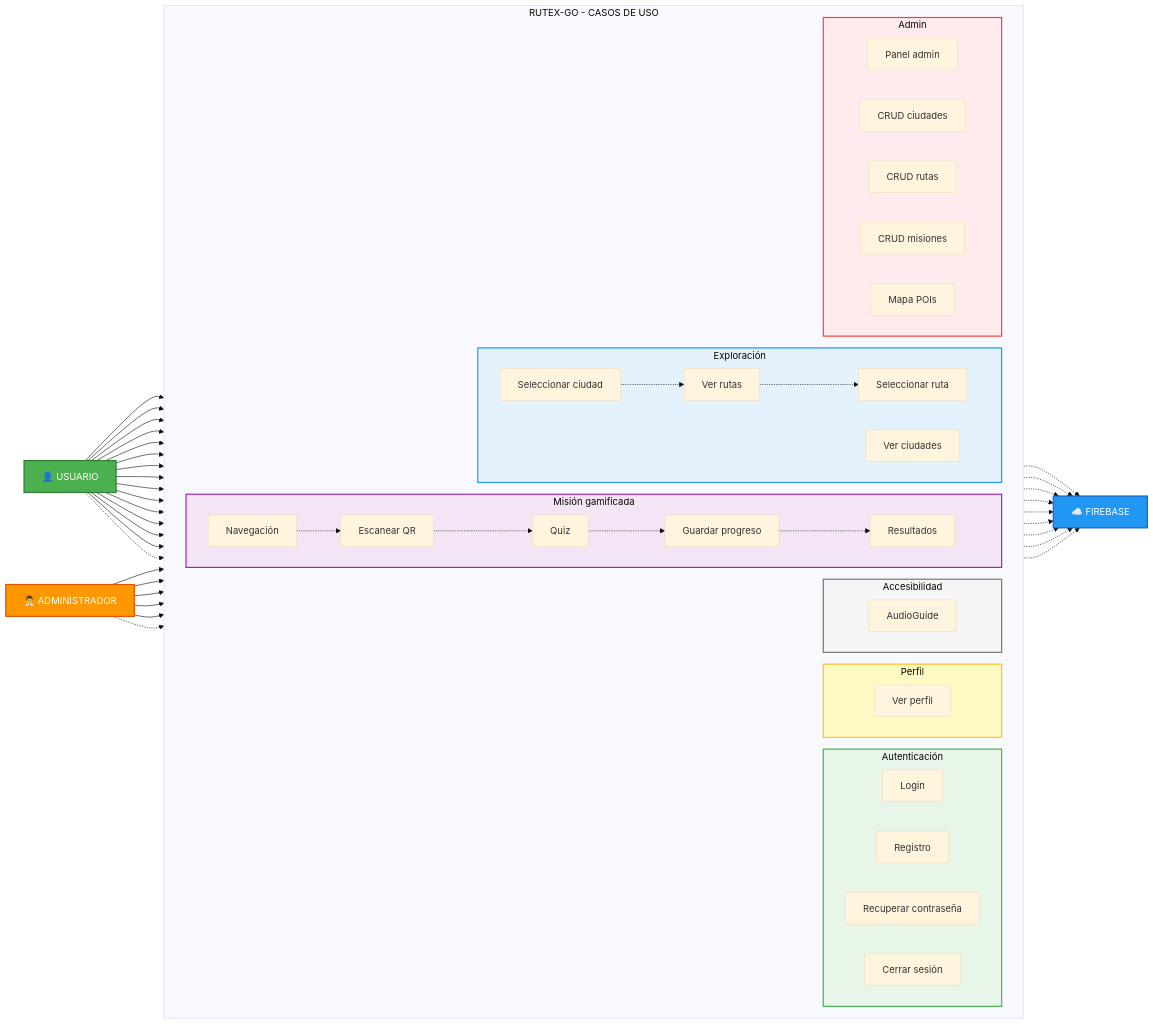
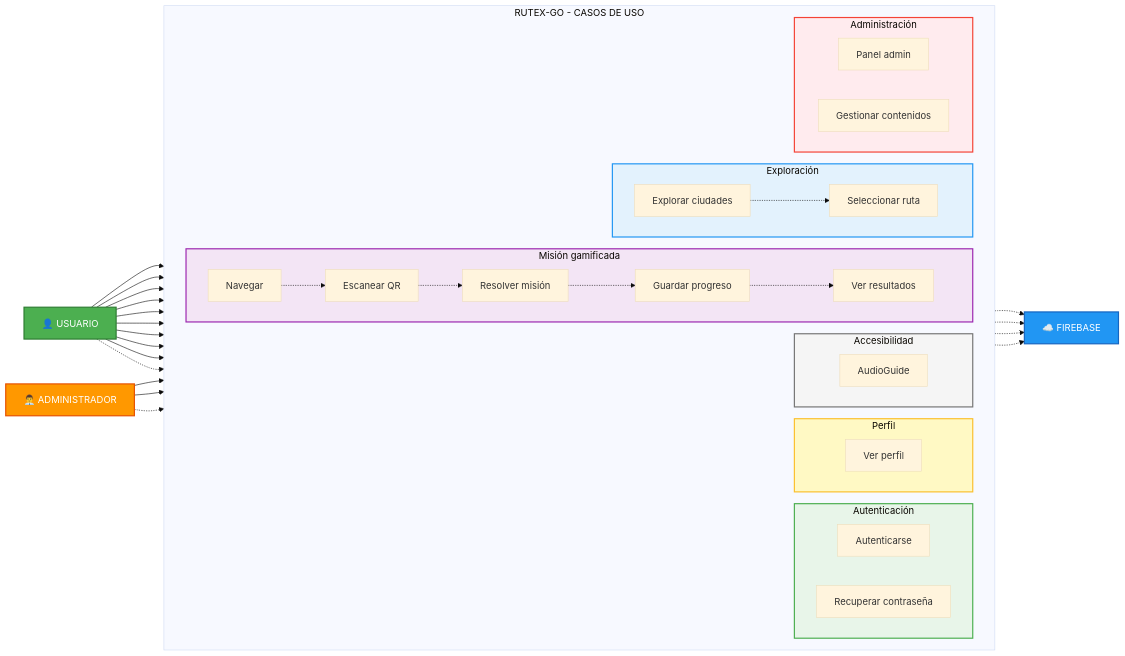
One commit to TurisTechTeam-Dev/rutexgo-assets changed the fourth of 4 diagrams in diagrama secuencia.md. Above: the diagram before and after it, drawn with Mermaid (base theme).

Commit message:
Update diagrama secuencia.md

```diff
--- a/diagrama secuencia.md
+++ b/diagrama secuencia.md
@@ -213,25 +213,21 @@
         direction LR
 
         subgraph AUTH["Autenticación"]
-            AUTH1["Login"]
-            AUTH2["Registro"]
-            AUTH3["Recuperar contraseña"]
-            AUTH4["Cerrar sesión"]
+            AUTH1["Autenticarse"]
+            AUTH2["Recuperar contraseña"]
         end
 
         subgraph EXP["Exploración"]
-            EXP1["Ver ciudades"]
-            EXP2["Seleccionar ciudad"]
-            EXP3["Ver rutas"]
-            EXP4["Seleccionar ruta"]
+            EXP1["Explorar ciudades"]
+            EXP2["Seleccionar ruta"]
         end
 
         subgraph MISS["Misión gamificada"]
-            MISS1["Navegación"]
+            MISS1["Navegar"]
             MISS2["Escanear QR"]
-            MISS3["Quiz"]
+            MISS3["Resolver misión"]
             MISS4["Guardar progreso"]
-            MISS5["Resultados"]
+            MISS5["Ver resultados"]
         end
 
         subgraph PROF["Perfil"]
@@ -242,55 +238,43 @@
             ACC1["AudioGuide"]
         end
 
-        subgraph ADM["Admin"]
+        subgraph ADM["Administración"]
             ADM1["Panel admin"]
-            ADM2["CRUD ciudades"]
-            ADM3["CRUD rutas"]
-            ADM4["CRUD misiones"]
-            ADM5["Mapa POIs"]
+            ADM2["Gestionar contenidos"]
         end
     end
 
+    %% Usuario
     U --> AUTH1
     U --> AUTH2
-    U --> AUTH3
-    U --> AUTH4
     U --> EXP1
     U --> EXP2
-    U --> EXP3
-    U --> EXP4
     U --> MISS1
     U --> MISS2
     U --> MISS3
-    U --> MISS4
     U --> MISS5
     U --> PROF1
     U -.-> ACC1
 
+    %% Admin
     A --> ADM1
     A --> ADM2
-    A --> ADM3
-    A --> ADM4
-    A --> ADM5
     A -.-> ACC1
 
+    %% Firebase
     AUTH1 -.-> F
     AUTH2 -.-> F
-    AUTH3 -.-> F
-    AUTH4 -.-> F
     MISS4 -.-> F
     ADM2 -.-> F
-    ADM3 -.-> F
-    ADM4 -.-> F
-    ADM5 -.-> F
 
-    EXP2 -.-> EXP3
-    EXP3 -.-> EXP4
+    %% Flujo interno
+    EXP1 -.-> EXP2
     MISS1 -.-> MISS2
     MISS2 -.-> MISS3
     MISS3 -.-> MISS4
     MISS4 -.-> MISS5
 
+    %% Estilo
     style U fill:#4CAF50,stroke:#2E7D32,stroke-width:2px,color:#fff
     style F fill:#2196F3,stroke:#1565C0,stroke-width:2px,color:#fff
     style A fill:#FF9800,stroke:#E65100,stroke-width:2px,color:#fff
```
